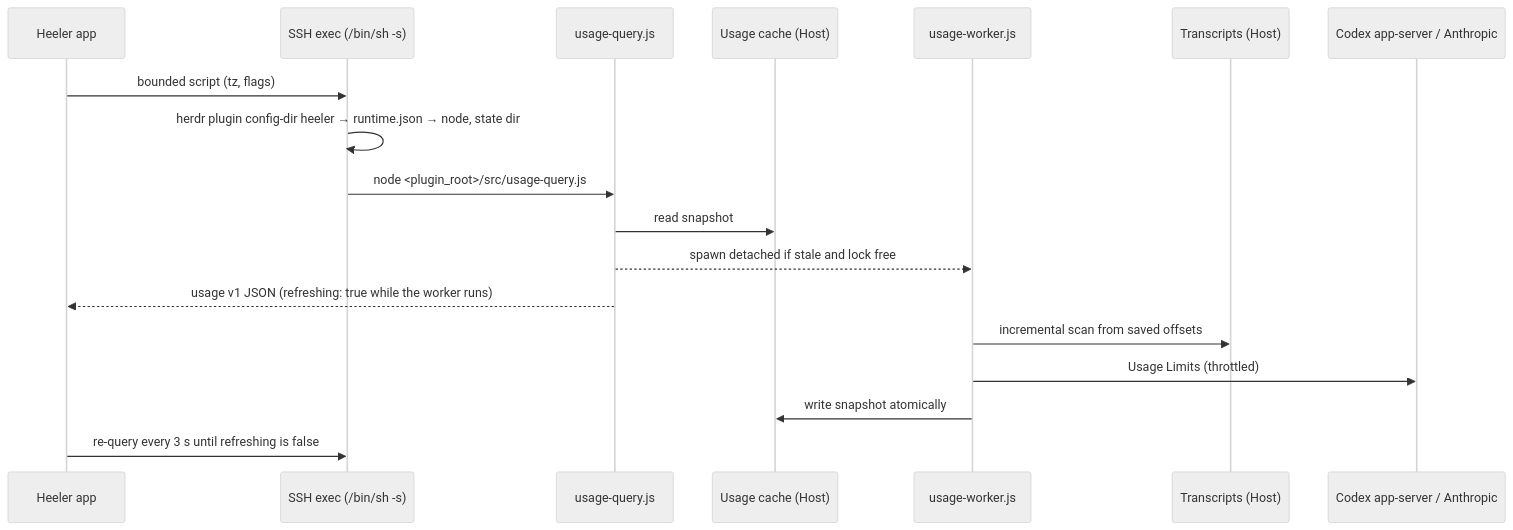
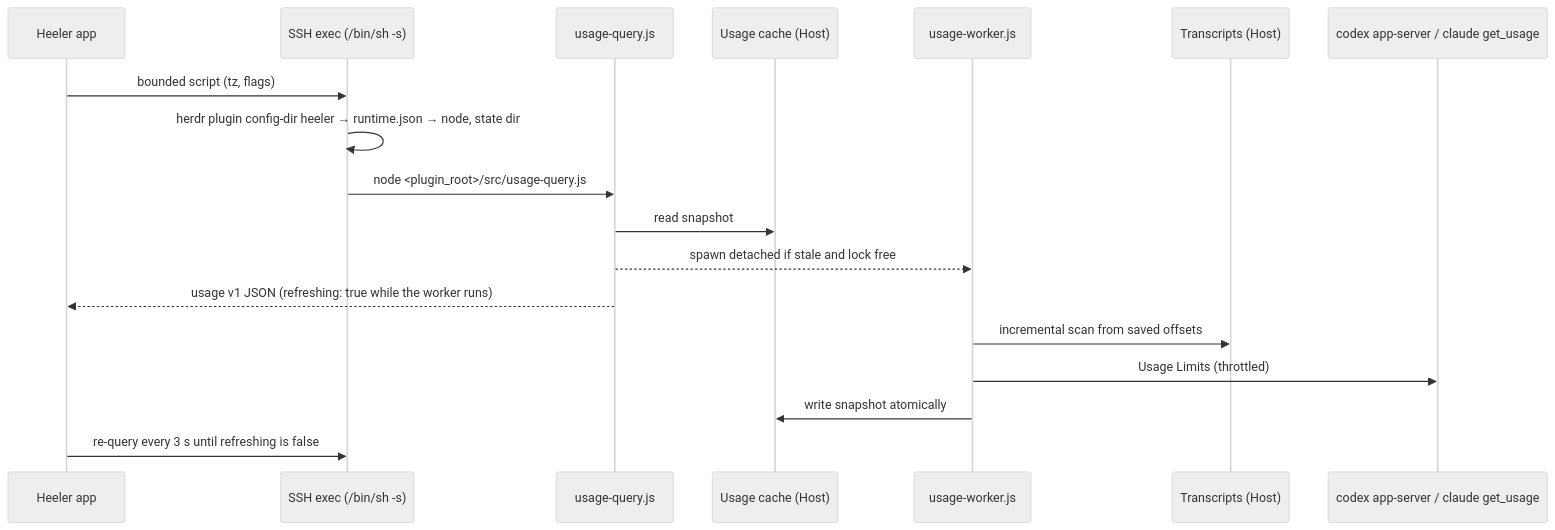
One commit to Svyk/Heeler changed the diagram in docs/design/agent-usage.md. Above: the diagram before and after it, drawn with Mermaid (neutral theme). The commit also changed other lines of this file and 1 other file, not shown here.

First line of the commit message:
docs(design): revise Agent usage after verifying sources

````diff
--- a/docs/design/agent-usage.md
+++ b/docs/design/agent-usage.md
@@ -51,21 +51,21 @@
 ```mermaid
 sequenceDiagram
     participant App as Heeler app
     participant SSH as SSH exec (/bin/sh -s)
     participant Query as usage-query.js
     participant Cache as Usage cache (Host)
     participant Worker as usage-worker.js
     participant Logs as Transcripts (Host)
-    participant Svc as Codex app-server / Anthropic
+    participant Svc as codex app-server / claude get_usage
 
     App->>SSH: bounded script (tz, flags)
     SSH->>SSH: herdr plugin config-dir heeler → runtime.json → node, state dir
     SSH->>Query: node <plugin_root>/src/usage-query.js
     Query->>Cache: read snapshot
     Query-->>Worker: spawn detached if stale and lock free
     Query-->>App: usage v1 JSON (refreshing: true while the worker runs)
     Worker->>Logs: incremental scan from saved offsets
     Worker->>Svc: Usage Limits (throttled)
     Worker->>Cache: write snapshot atomically
     App->>SSH: re-query every 3 s until refreshing is false
 ```
````
